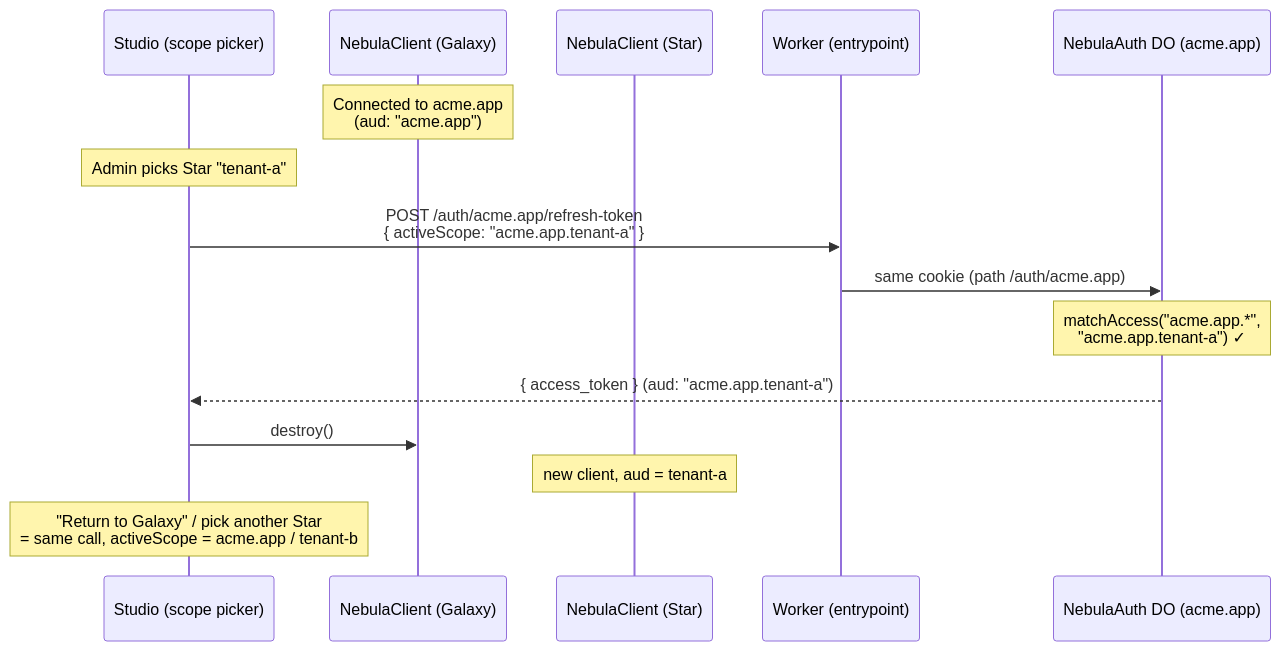
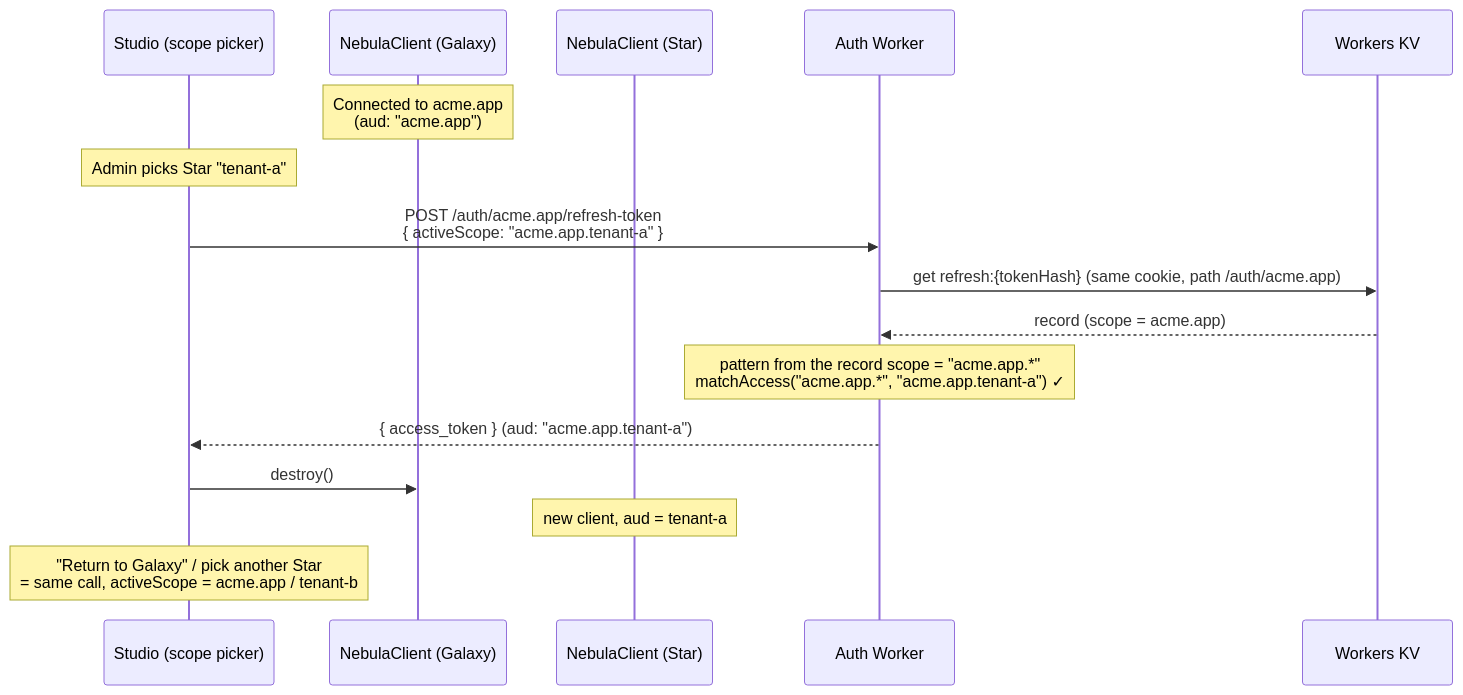
One commit to lumenize/lumenize changed the fourth of 6 diagrams in website/docs/nebula/auth-flows.md. Above: the diagram before and after it, drawn with Mermaid. The commit also changed other lines of this file and 1 other file, not shown here.

First line of the commit message:
docs(nebula): rewrite auth-flows.md to the surrogate-sub model (Phase 5, best-effort)

````diff
--- a/website/docs/nebula/auth-flows.md
+++ b/website/docs/nebula/auth-flows.md
@@ -206,19 +224,20 @@
 ```mermaid
 sequenceDiagram
     participant UI as Studio (scope picker)
     participant NC1 as NebulaClient (Galaxy)
     participant NC2 as NebulaClient (Star)
-    participant W as Worker (entrypoint)
-    participant NA as NebulaAuth DO (acme.app)
+    participant W as Auth Worker
+    participant KV as Workers KV
 
     Note over NC1: Connected to acme.app<br/>(aud: "acme.app")
 
     Note over UI: Admin picks Star "tenant-a"
     UI->>W: POST /auth/acme.app/refresh-token<br/>{ activeScope: "acme.app.tenant-a" }
-    W->>NA: same cookie (path /auth/acme.app)
-    Note over NA: matchAccess("acme.app.*",<br/>"acme.app.tenant-a") ✓
-    NA-->>UI: { access_token } (aud: "acme.app.tenant-a")
+    W->>KV: get refresh:{tokenHash} (same cookie, path /auth/acme.app)
+    KV-->>W: record (scope = acme.app)
+    Note over W: pattern from the record scope = "acme.app.*"<br/>matchAccess("acme.app.*", "acme.app.tenant-a") ✓
+    W-->>UI: { access_token } (aud: "acme.app.tenant-a")
     UI->>NC1: destroy()
     Note over NC2: new client, aud = tenant-a
     Note over UI: "Return to Galaxy" / pick another Star<br/>= same call, activeScope = acme.app / tenant-b
 ```
````
